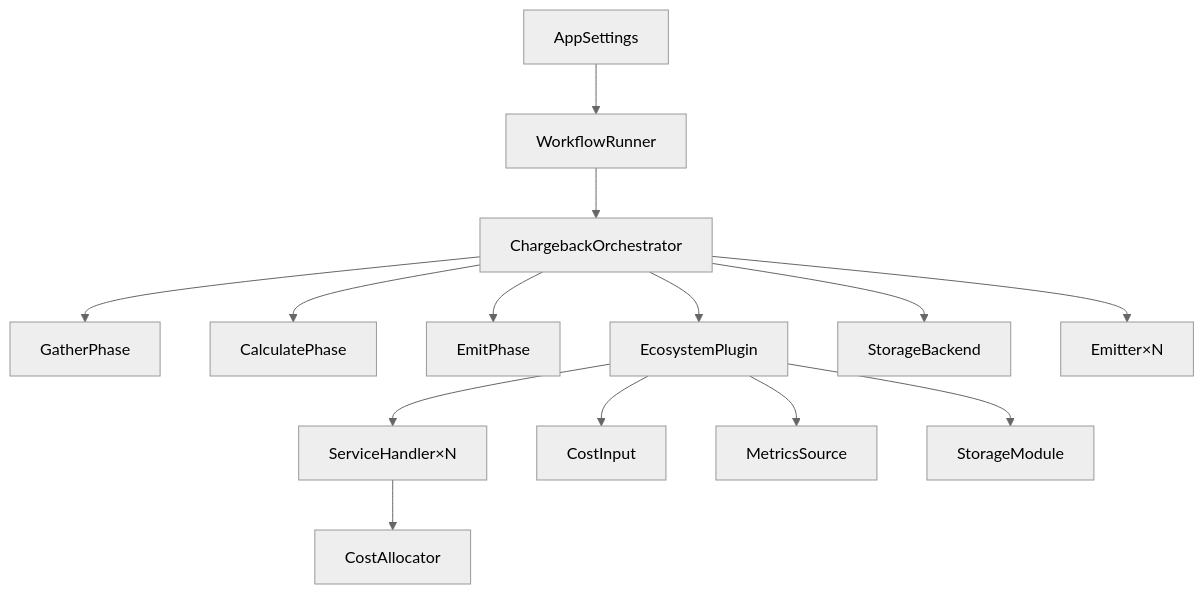
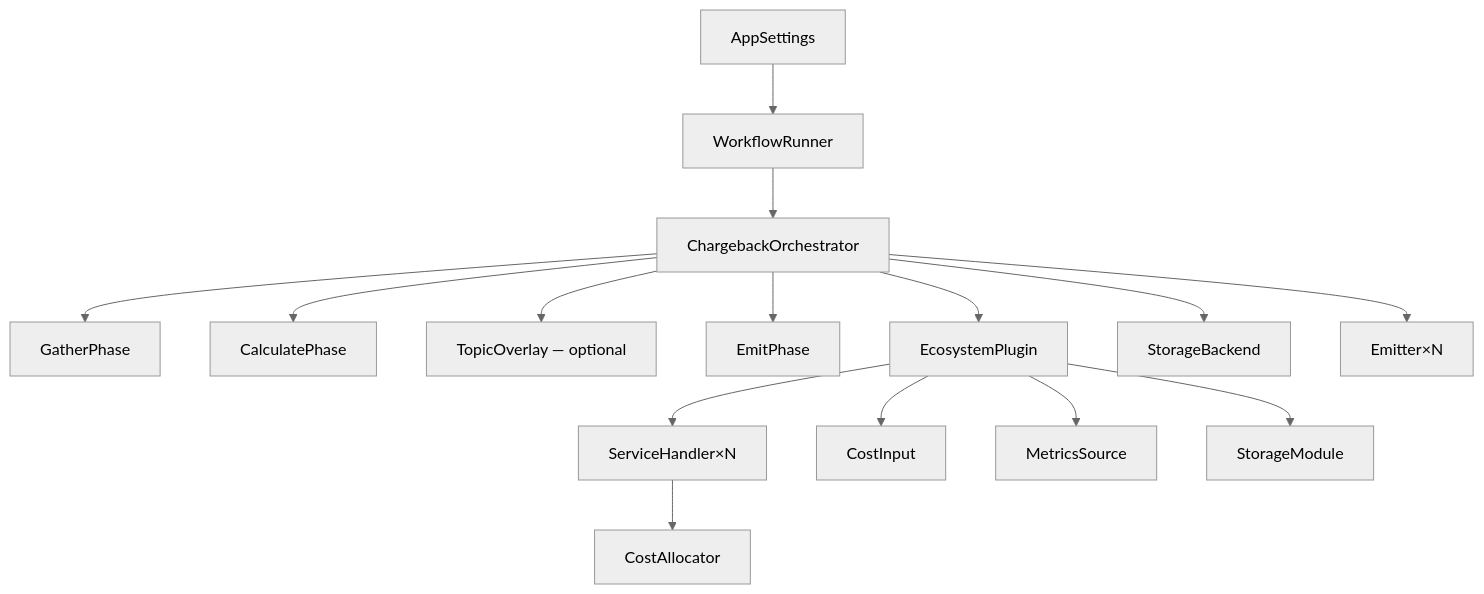
The diagram in docs/architecture/index.md (waliaabhishek/chitragupta), drawn with Mermaid (neutral theme) before and after one commit. The commit also changed other lines of this file, not shown here.

Commit message:
Docs: Add TopicOverlay stage to architecture mermaid diagram

````diff
--- a/docs/architecture/index.md
+++ b/docs/architecture/index.md
@@ -7,16 +7,17 @@
 ```mermaid
 graph TD
     A[AppSettings] --> B[WorkflowRunner]
     B --> C[ChargebackOrchestrator]
     C --> GP[GatherPhase]
     C --> CP[CalculatePhase]
+    C --> TOP[TopicOverlay — optional]
     C --> EP[EmitPhase]
     C --> D[EcosystemPlugin]
     D --> E[ServiceHandler×N]
     D --> F[CostInput]
     D --> G[MetricsSource]
     D --> SM[StorageModule]
     E --> H[CostAllocator]
     C --> I[StorageBackend]
     C --> J[Emitter×N]
 ```
````
